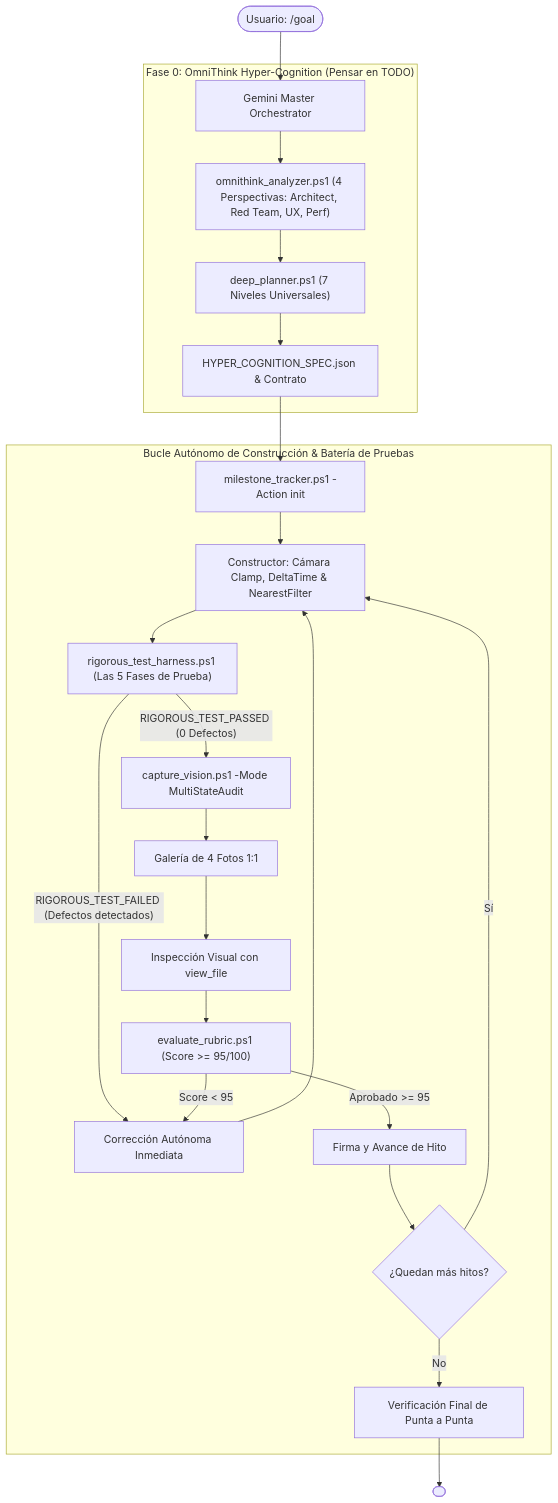
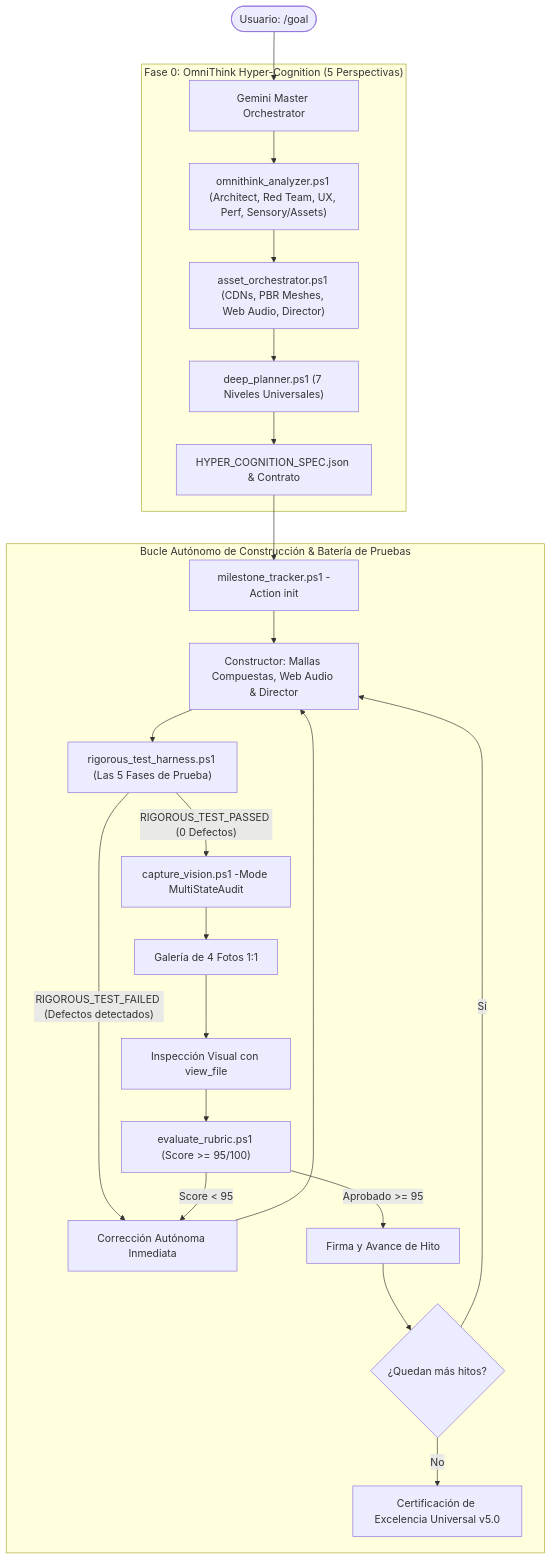
The diagram in SKILL.md (BryanGM12/antigravity-ultra-goal), drawn with Mermaid before and after one commit. The commit also changed other lines of this file and 8 other files, not shown here.

Commit message:
feat(v5.0.0): implement Asset & Sensory Orchestrator, Procedural Web Audio Engine, and Cinematic Flight Director

````diff
--- a/SKILL.md
+++ b/SKILL.md
@@ -73,33 +90,32 @@
 ```mermaid
 graph TD
     User([Usuario: /goal <objetivo>]) --> Master[Gemini Master Orchestrator]
     
-    subgraph "Fase 0: OmniThink Hyper-Cognition (Pensar en TODO)"
-        Master --> OmniThink["omnithink_analyzer.ps1 (4 Perspectivas: Architect, Red Team, UX, Perf)"]
-        OmniThink --> DeepPlan["deep_planner.ps1 (7 Niveles Universales)"]
+    subgraph "Fase 0: OmniThink Hyper-Cognition (5 Perspectivas)"
+        Master --> OmniThink["omnithink_analyzer.ps1 (Architect, Red Team, UX, Perf, Sensory/Assets)"]
+        OmniThink --> AssetOrch["asset_orchestrator.ps1 (CDNs, PBR Meshes, Web Audio, Director)"]
+        AssetOrch --> DeepPlan["deep_planner.ps1 (7 Niveles Universales)"]
         DeepPlan --> Spec["HYPER_COGNITION_SPEC.json & Contrato"]
     end
     
     subgraph "Bucle Autónomo de Construcción & Batería de Pruebas"
         Spec --> StateInit[milestone_tracker.ps1 -Action init]
-        StateInit --> Builder[Constructor: Cámara Clamp, DeltaTime & NearestFilter]
+        StateInit --> Builder[Constructor: Mallas Compuestas, Web Audio & Director]
         
         Builder --> Harness["rigorous_test_harness.ps1 (Las 5 Fases de Prueba)"]
         Harness -- "RIGOROUS_TEST_FAILED (Defectos detectados)" --> AutoFix[Corrección Autónoma Inmediata]
         AutoFix --> Builder
         
         Harness -- "RIGOROUS_TEST_PASSED (0 Defectos)" --> MultiVision["capture_vision.ps1 -Mode MultiStateAudit"]
         MultiVision --> PhotoGallery["Galería de 4 Fotos 1:1"]
         PhotoGallery --> VisualAudit["Inspección Visual con view_file"]
         
         VisualAudit --> RubricGate["evaluate_rubric.ps1 (Score >= 95/100)"]
         RubricGate -- "Score < 95" --> AutoFix
         RubricGate -- "Aprobado >= 95" --> Advance[Firma y Avance de Hito]
         
         Advance --> Next{¿Quedan más hitos?}
         Next -- Sí --> Builder
-        Next -- No --> EndToEnd[Verificación Final de Punta a Punta]
+        Next -- No --> FinalCert[Certificación de Excelencia Universal v5.0]
     end
-    
-    EndToEnd --> Complete([<!-- GOAL_COMPLETE -->])
 ```
````
